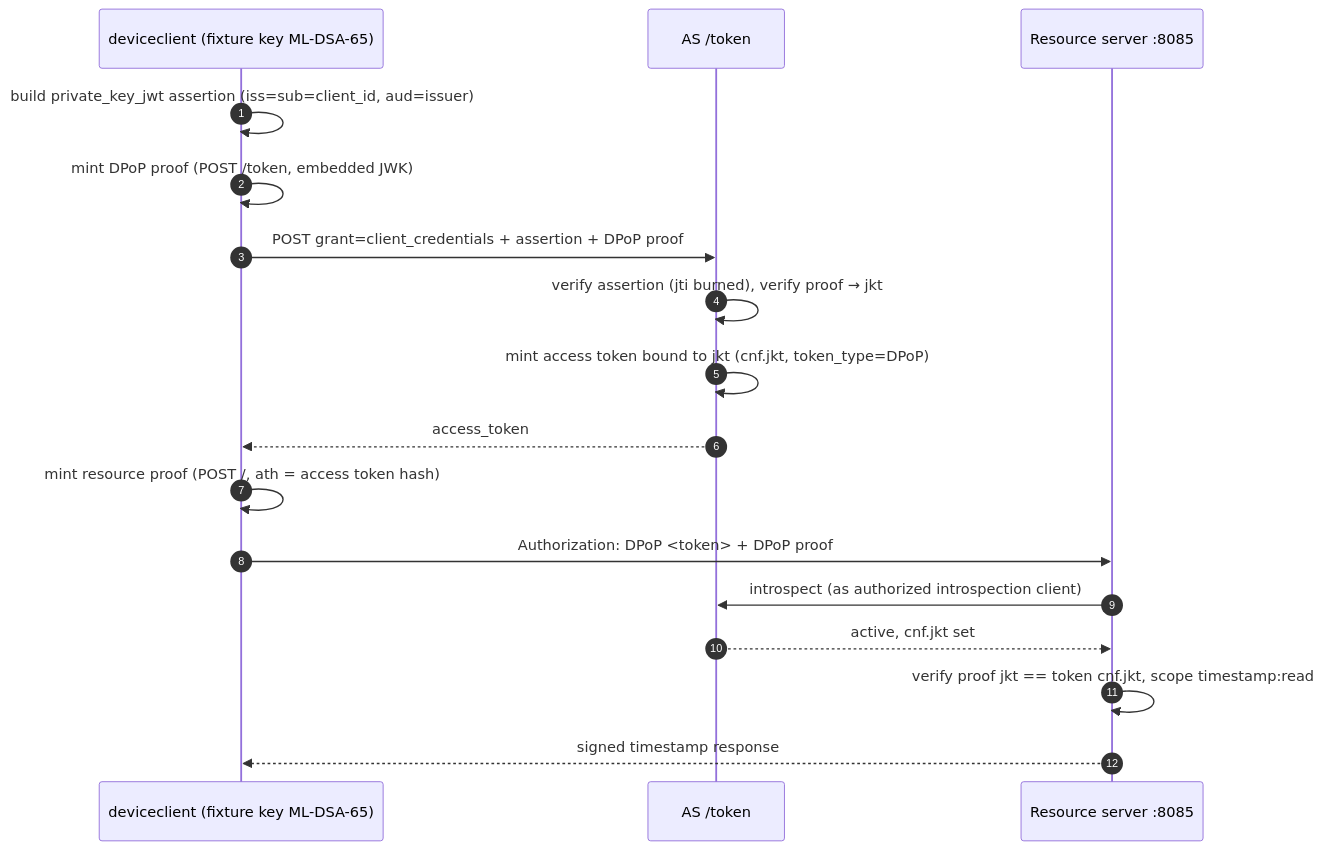
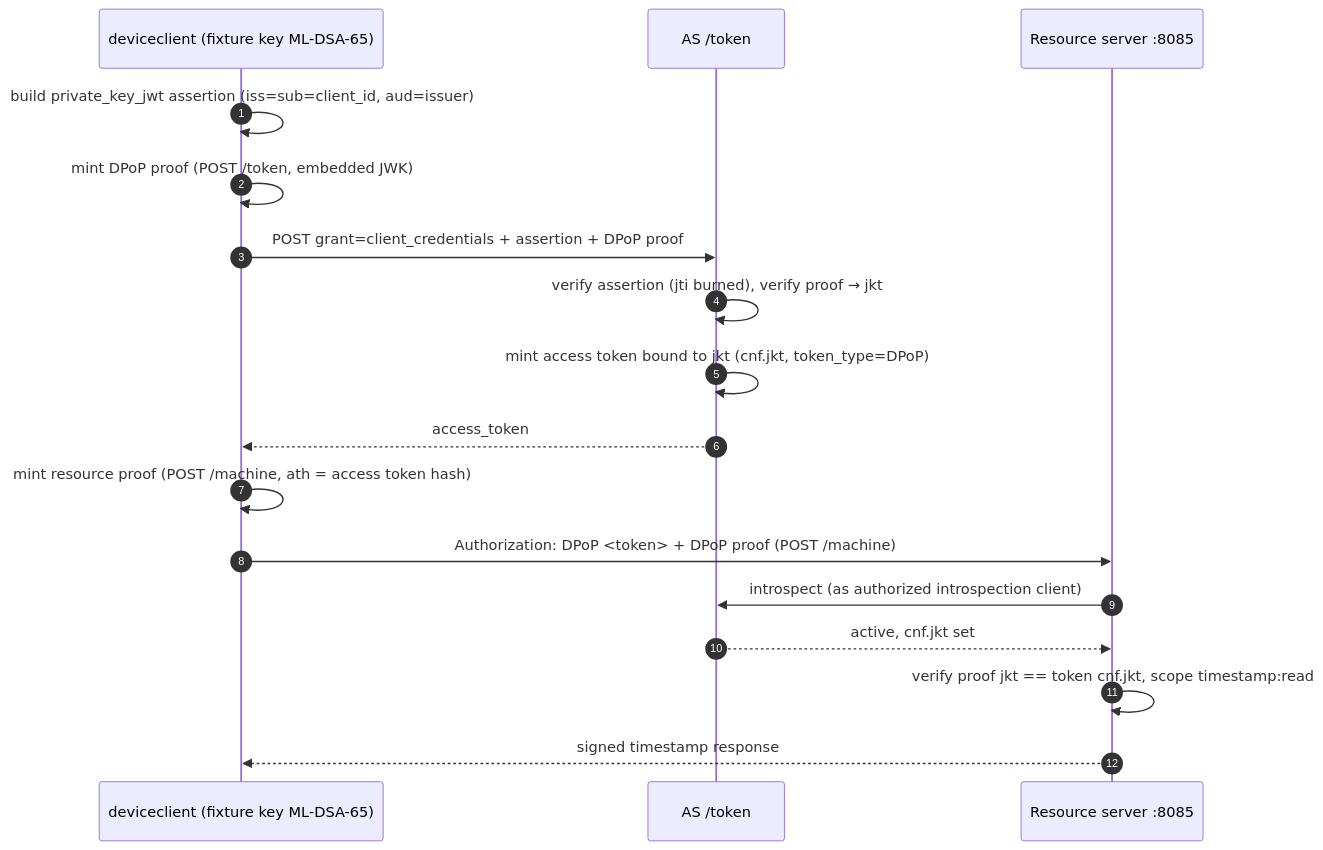
Before and after one commit to zntrio/solid: the diagram in examples/deviceclient/README.md, drawn with Mermaid. The commit also changed other lines of this file and 47 other files, not shown here.

First line of the commit message:
feat(example): AI Agent + MCP + RS flow. (#143)

````diff
--- a/examples/deviceclient/README.md
+++ b/examples/deviceclient/README.md
@@ -13,20 +13,20 @@
 ```mermaid
 sequenceDiagram
     autonumber
     participant C as deviceclient (fixture key ML-DSA-65)
     participant T as AS /token
     participant R as Resource server :8085
 
     C->>C: build private_key_jwt assertion (iss=sub=client_id, aud=issuer)
     C->>C: mint DPoP proof (POST /token, embedded JWK)
     C->>T: POST grant=client_credentials + assertion + DPoP proof
     T->>T: verify assertion (jti burned), verify proof → jkt
     T->>T: mint access token bound to jkt (cnf.jkt, token_type=DPoP)
     T-->>C: access_token
-    C->>C: mint resource proof (POST /, ath = access token hash)
-    C->>R: Authorization: DPoP <token> + DPoP proof
+    C->>C: mint resource proof (POST /machine, ath = access token hash)
+    C->>R: Authorization: DPoP <token> + DPoP proof (POST /machine)
     R->>T: introspect (as authorized introspection client)
     T-->>R: active, cnf.jkt set
     R->>R: verify proof jkt == token cnf.jkt, scope timestamp:read
     R-->>C: signed timestamp response
 ```
````
